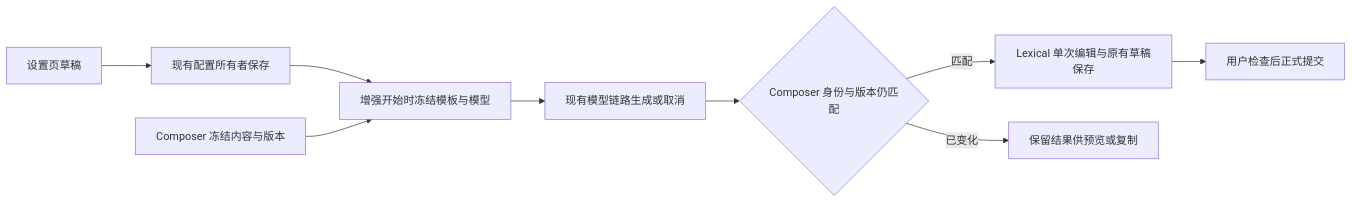
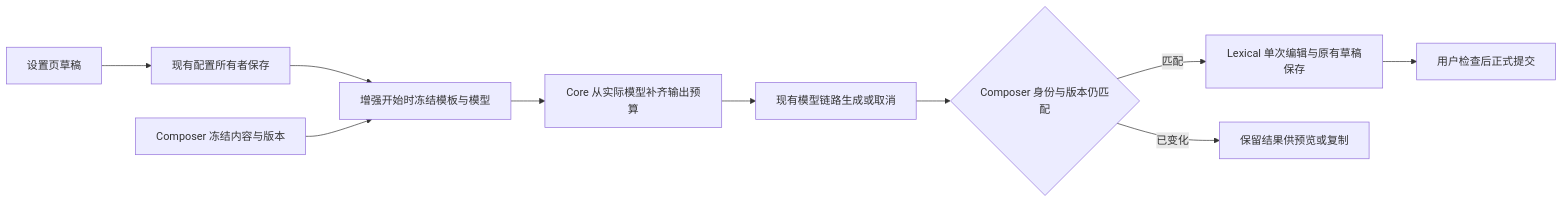
The diagram in specs/prompt-enhancement.md (6ccg/ZCode), drawn with Mermaid before and after one commit. The commit also changed other lines of this file and 2 other files, not shown here.

````diff
--- a/specs/prompt-enhancement.md
+++ b/specs/prompt-enhancement.md
@@ -77,11 +78,12 @@
 ```mermaid
 flowchart LR
   S[设置页草稿] --> P[现有配置所有者保存]
   P --> F[增强开始时冻结模板与模型]
   C[Composer 冻结内容与版本] --> F
-  F --> M[现有模型链路生成或取消]
+  F --> B[Core 从实际模型补齐输出预算]
+  B --> M[现有模型链路生成或取消]
   M --> G{Composer 身份与版本仍匹配}
   G -->|匹配| A[Lexical 单次编辑与原有草稿保存]
   G -->|已变化| R[保留结果供预览或复制]
   A --> U[用户检查后正式提交]
 ```
````
